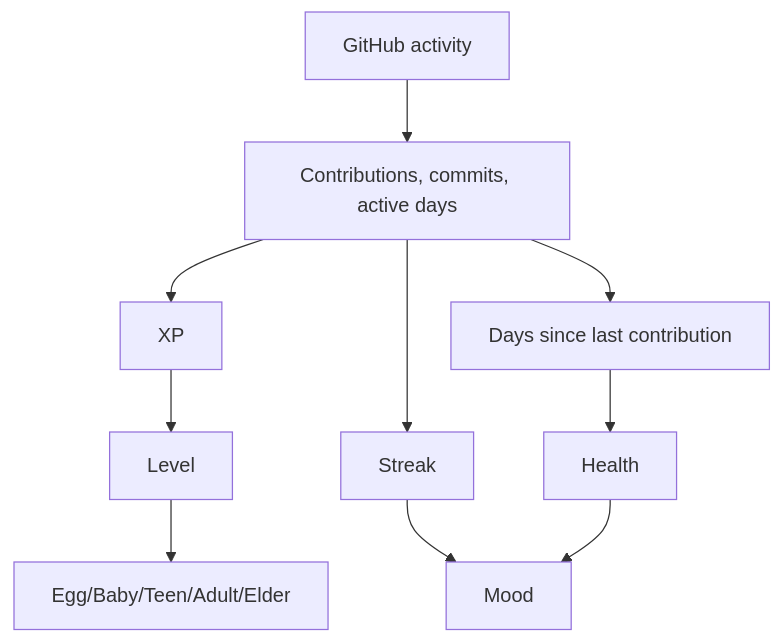
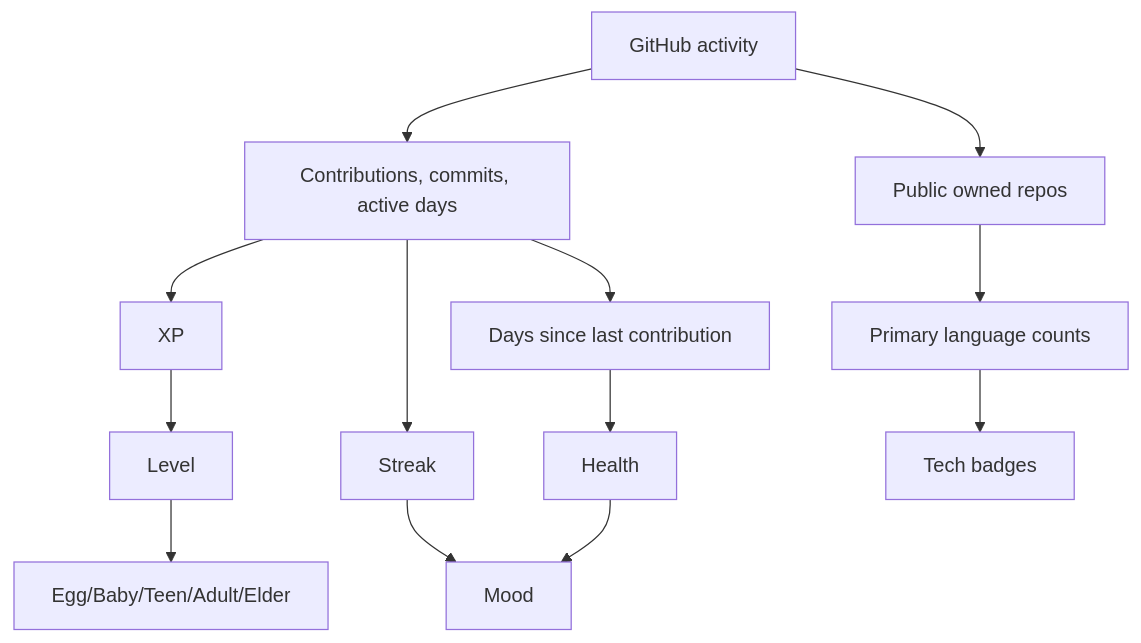
Before and after one commit to PascalAI2024/VibeGotchi: the third of 4 diagrams in docs/architecture.md, drawn with Mermaid. The commit also changed other lines of this file and 7 other files, not shown here.

Commit message:
feat: add tech repo badges | Model: claude-opus-4 | Mode: ultrathink | 🤖 J.A.R.V.I.S.

````diff
--- a/docs/architecture.md
+++ b/docs/architecture.md
@@ -74,12 +74,15 @@
 ```mermaid
 flowchart TD
   Activity[GitHub activity] --> Totals[Contributions, commits, active days]
   Totals --> XP[XP]
   Totals --> Streak[Streak]
   Totals --> Recency[Days since last contribution]
+  Activity --> Repos[Public owned repos]
+  Repos --> Languages[Primary language counts]
+  Languages --> Badges[Tech badges]
   XP --> Level[Level]
   Level --> Stage[Egg/Baby/Teen/Adult/Elder]
   Recency --> Health[Health]
   Streak --> Mood[Mood]
   Health --> Mood
 ```
````
